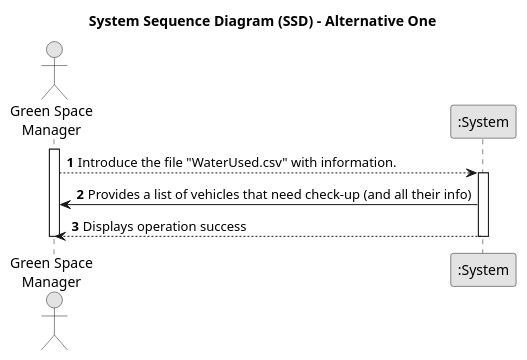
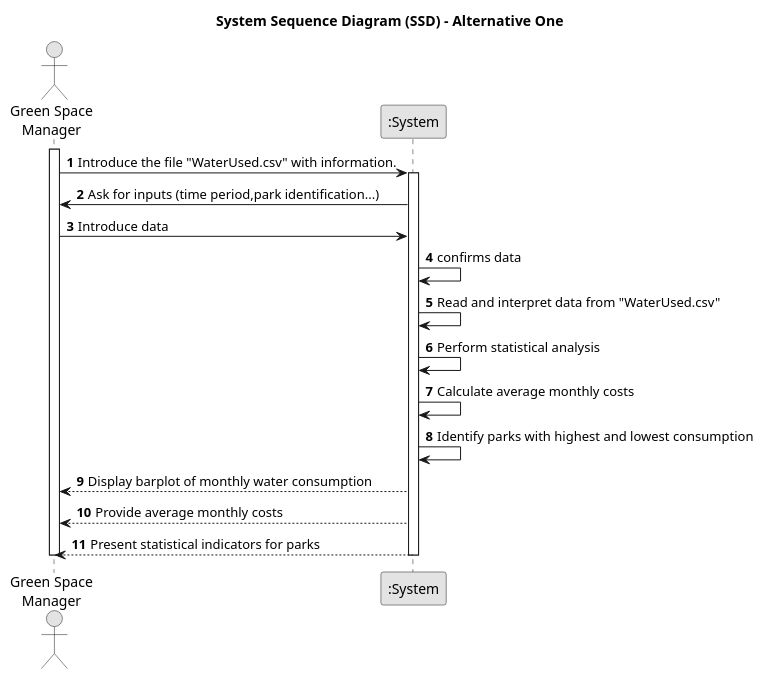
One commit to SAEmanuel/Green_Spaces_Management_ISEP changed the diagram in docs/sprintB/us009/01.requirements-engineering/puml/us009-system-sequence-diagram-alternative-one.puml. Above: the diagram before and after it, drawn with PlantUML.

Commit message:
US009 - requirements engineer (ssd - puml) v1.

```diff
--- a/docs/sprintB/us009/01.requirements-engineering/puml/us009-system-sequence-diagram-alternative-one.puml
+++ b/docs/sprintB/us009/01.requirements-engineering/puml/us009-system-sequence-diagram-alternative-one.puml
@@ -1,23 +1,32 @@
 @startuml
 skinparam monochrome true
 skinparam packageStyle rectangle
 skinparam shadowing false
 
 title System Sequence Diagram (SSD) - Alternative One
 
 autonumber
 
 actor "Green Space\nManager" as gsm
 participant ":System" as System
 
         activate gsm
 
-        gsm --> System: Introduce the file "WaterUsed.csv" with information.
+        gsm -> System: Introduce the file "WaterUsed.csv" with information.
         activate System
 
-        System -> gsm : Provides a list of vehicles that need check-up (and all their info)
-        System --> gsm : Displays operation success
+        System -> gsm: Ask for inputs (time period,park identification...)
+        gsm -> System : Introduce data
+        System -> System : confirms data
+        System -> System : Read and interpret data from "WaterUsed.csv"
+        System -> System: Perform statistical analysis
+        System -> System: Calculate average monthly costs
+        System -> System: Identify parks with highest and lowest consumption
+
+        System --> gsm: Display barplot of monthly water consumption
+        System --> gsm: Provide average monthly costs
+        System --> gsm: Present statistical indicators for parks
 
         deactivate System
         deactivate gsm
 @enduml
```
